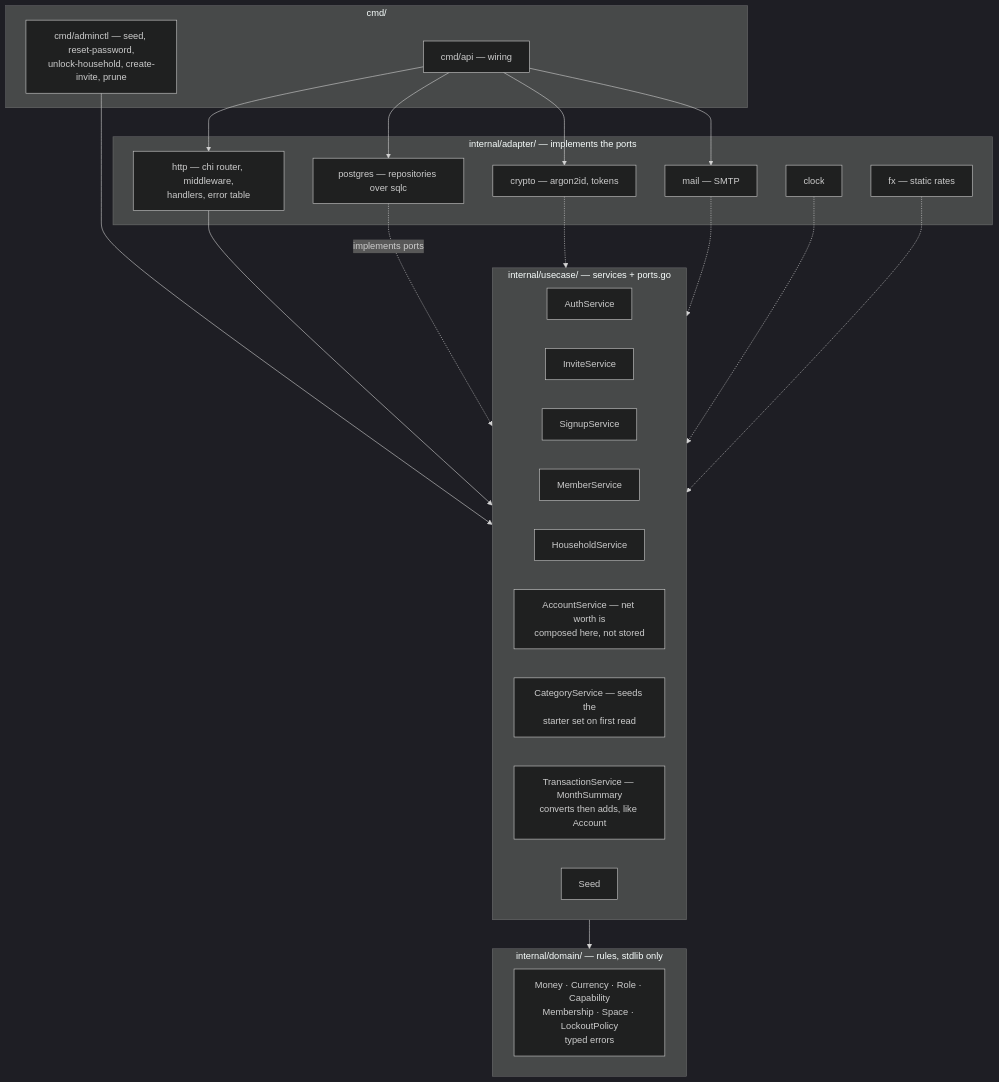
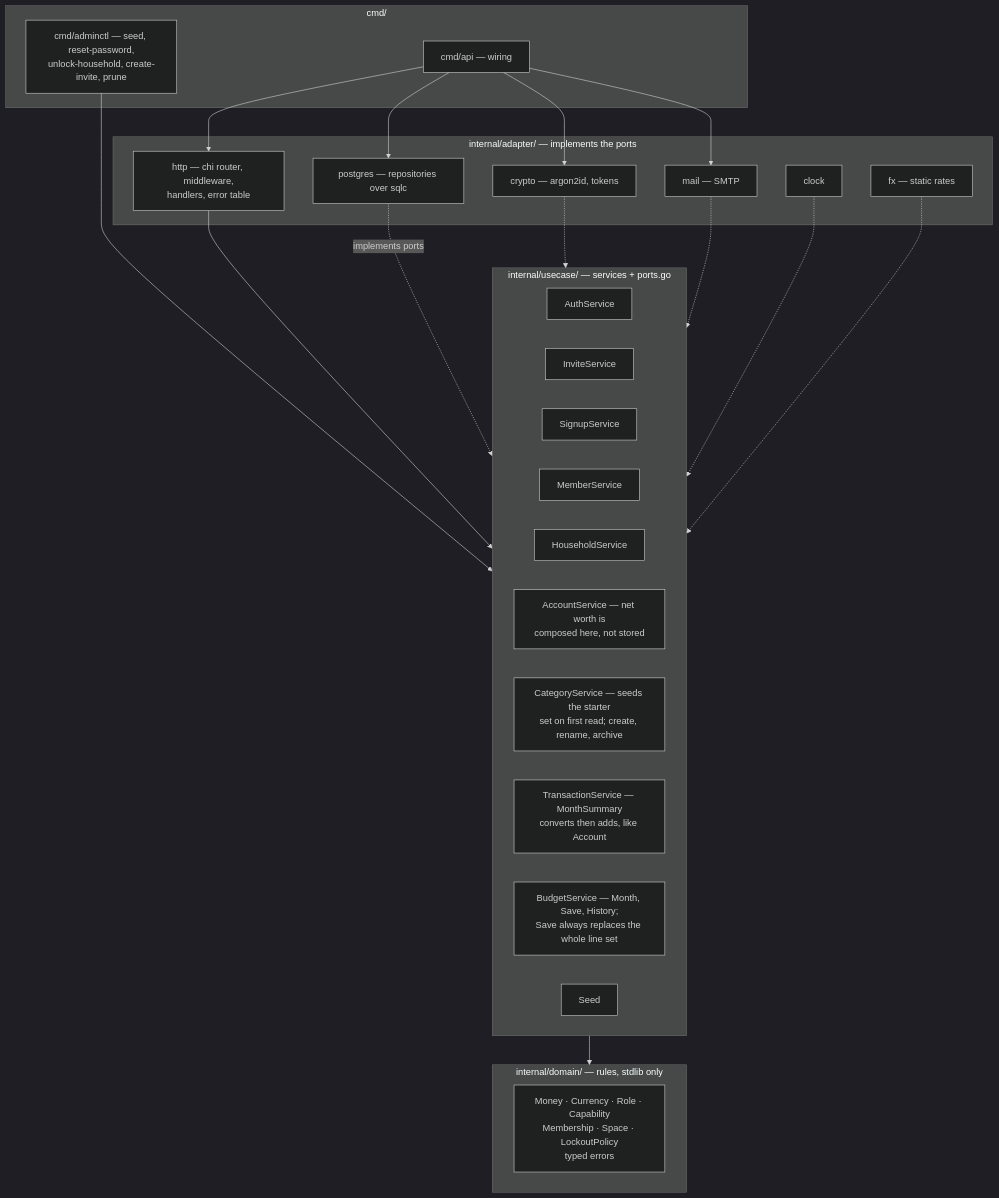
One commit to oandrz/Household changed the second of 12 diagrams in docs/SYSTEM_DESIGN.md. Above: the diagram before and after it, drawn with Mermaid (dark theme). The commit also changed other lines of this file and 3 other files, not shown here.

````diff
--- a/docs/SYSTEM_DESIGN.md
+++ b/docs/SYSTEM_DESIGN.md
@@ -73,45 +76,46 @@
 ```mermaid
 graph TD
     subgraph cmd["cmd/"]
         Main["cmd/api — wiring"]
         Admin["cmd/adminctl — seed, reset-password,<br/>unlock-household, create-invite, prune"]
     end
 
     subgraph adapters["internal/adapter/ — implements the ports"]
         HTTP["http — chi router, middleware,<br/>handlers, error table"]
         PGA["postgres — repositories over sqlc"]
         Crypto["crypto — argon2id, tokens"]
         MailA["mail — SMTP"]
         Clock["clock"]
         FX["fx — static rates"]
     end
 
     subgraph usecase["internal/usecase/ — services + ports.go"]
         Auth["AuthService"]
         Invite["InviteService"]
         Signup["SignupService"]
         Member["MemberService"]
         House["HouseholdService"]
         Account["AccountService — net worth is<br/>composed here, not stored"]
-        Category["CategoryService — seeds the<br/>starter set on first read"]
+        Category["CategoryService — seeds the starter<br/>set on first read; create, rename, archive"]
         Transaction["TransactionService — MonthSummary<br/>converts then adds, like Account"]
+        Budget["BudgetService — Month, Save, History;<br/>Save always replaces the whole line set"]
         Seed["Seed"]
     end
 
     subgraph domain["internal/domain/ — rules, stdlib only"]
         Rules["Money · Currency · Role · Capability<br/>Membership · Space · LockoutPolicy<br/>typed errors"]
     end
 
     Main --> HTTP
     Main --> PGA
     Main --> Crypto
     Main --> MailA
     Admin --> usecase
     HTTP --> usecase
     usecase --> domain
     PGA -.->|implements ports| usecase
     Crypto -.-> usecase
     MailA -.-> usecase
     Clock -.-> usecase
     FX -.-> usecase
 ```
````
